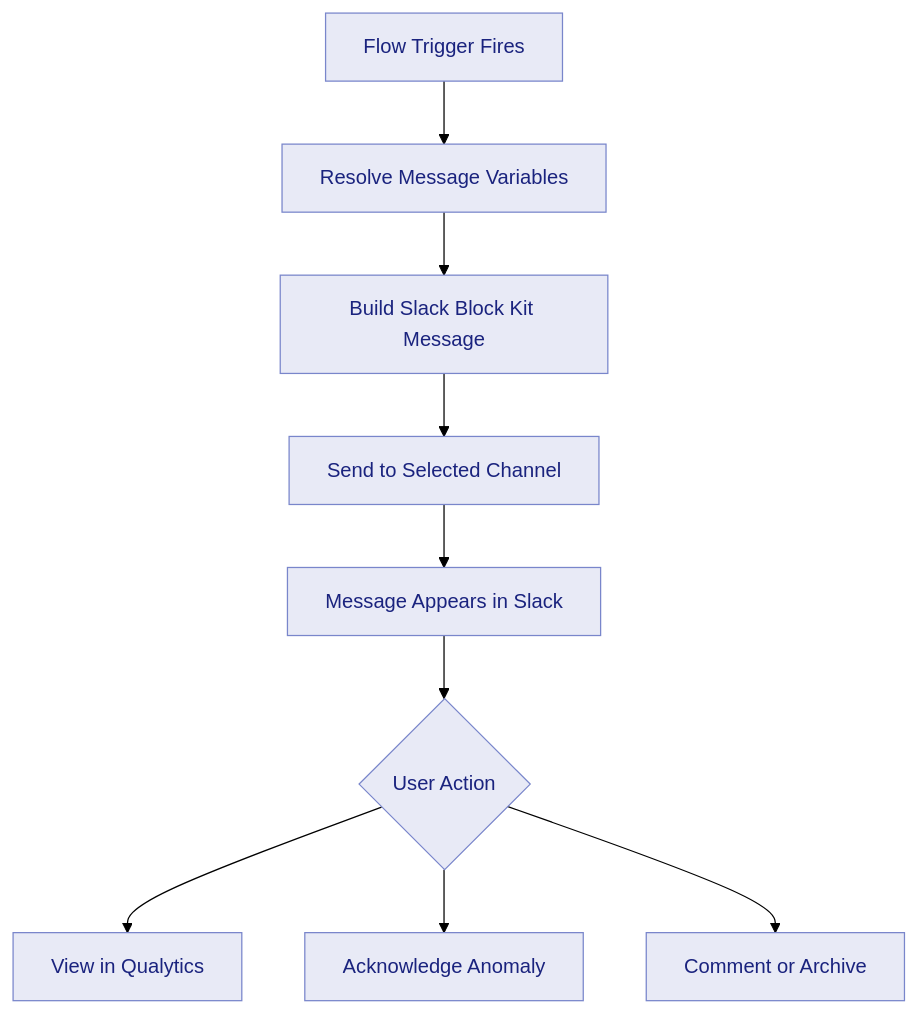
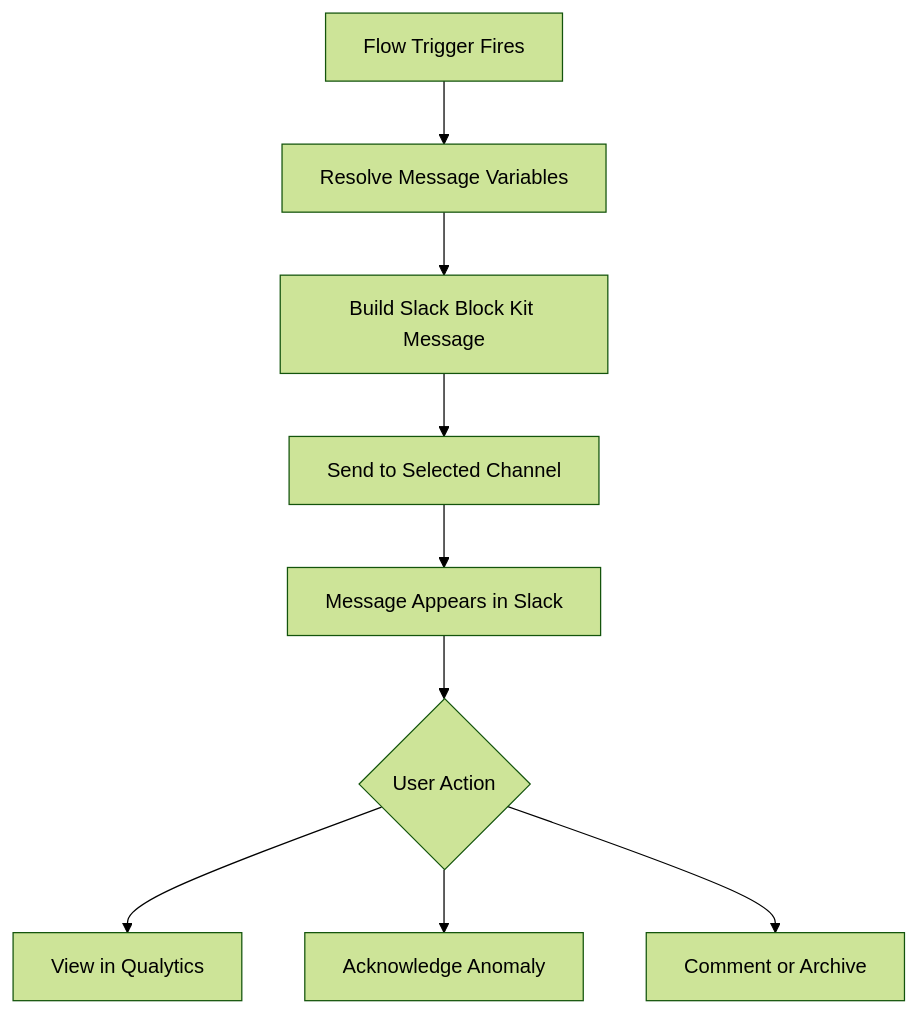
The diagram in docs/flows/notifications/slack/overview.md (Qualytics/userguide), drawn with Mermaid (forest theme) before and after one commit. The commit also changed other lines of this file and 7 other files, not shown here.

First line of the commit message:
docs: remove custom mermaid styles, centralize diagrams, and update navigation

````diff
--- a/docs/flows/notifications/slack/overview.md
+++ b/docs/flows/notifications/slack/overview.md
@@ -10,21 +12,11 @@
 ```mermaid
 flowchart TD
     A[Flow Trigger Fires] --> B[Resolve Message Variables]
     B --> C[Build Slack Block Kit Message]
     C --> D[Send to Selected Channel]
     D --> E[Message Appears in Slack]
     E --> F{User Action}
     F --> G[View in Qualytics]
     F --> H[Acknowledge Anomaly]
     F --> I[Comment or Archive]
-
-    style A fill:#E8EAF6,color:#1A237E,stroke:#7986CB
-    style B fill:#E8EAF6,color:#1A237E,stroke:#7986CB
-    style C fill:#E8EAF6,color:#1A237E,stroke:#7986CB
-    style D fill:#E8EAF6,color:#1A237E,stroke:#7986CB
-    style E fill:#E8EAF6,color:#1A237E,stroke:#7986CB
-    style F fill:#E8EAF6,color:#1A237E,stroke:#7986CB
-    style G fill:#E8EAF6,color:#1A237E,stroke:#7986CB
-    style H fill:#E8EAF6,color:#1A237E,stroke:#7986CB
-    style I fill:#E8EAF6,color:#1A237E,stroke:#7986CB
 ```
````
